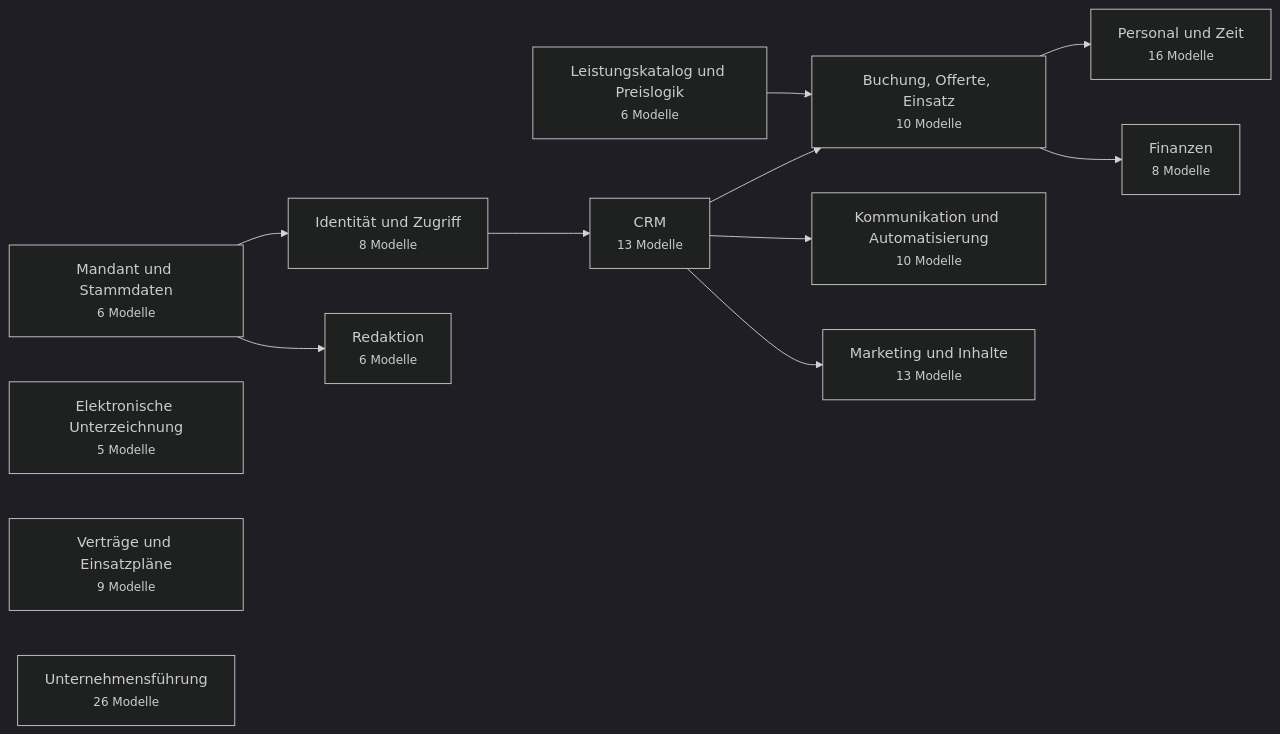
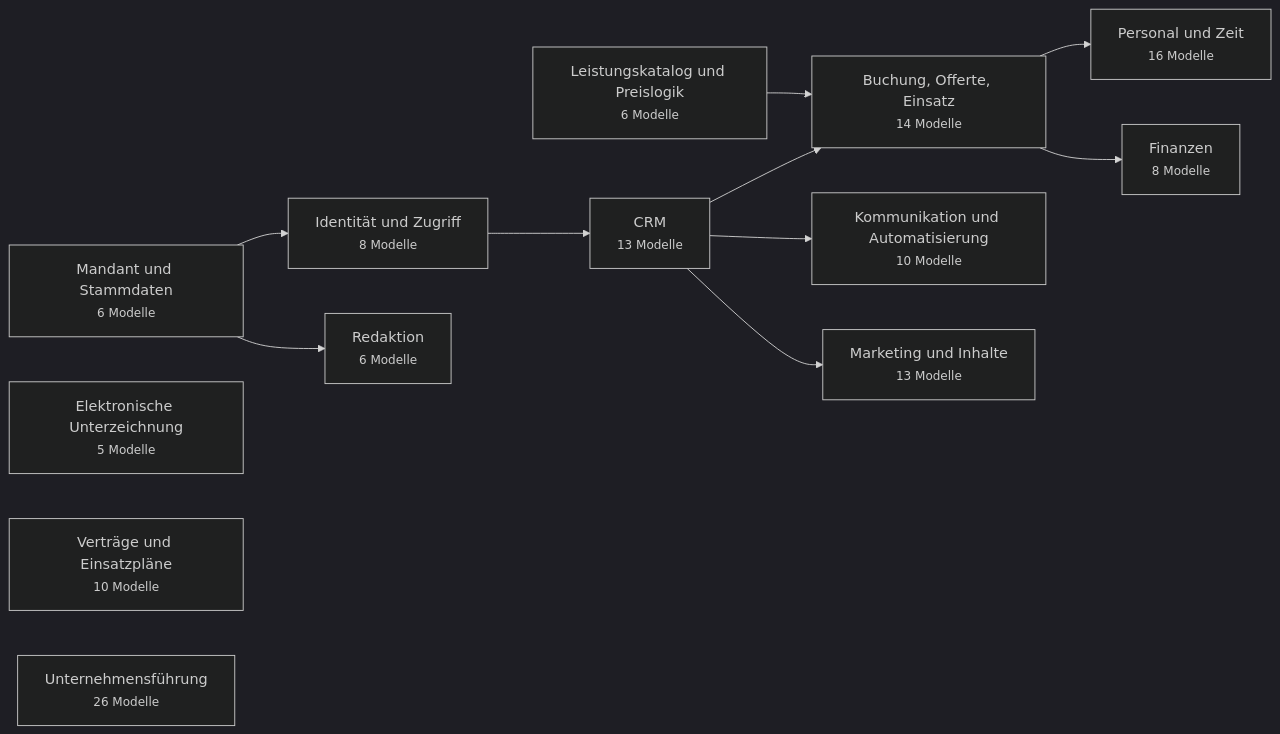
The first of 14 diagrams in docs/DATABASE.md (javadqasemi/Clenaris), drawn with Mermaid (dark theme) before and after one commit. The commit also changed other lines of this file and 31 other files, not shown here.

````diff
--- a/docs/DATABASE.md
+++ b/docs/DATABASE.md
@@ -36,25 +36,25 @@
 ```mermaid
 flowchart LR
   stammdaten["Mandant und Stammdaten<br/><small>6 Modelle</small>"]
   identitaet["Identität und Zugriff<br/><small>8 Modelle</small>"]
   signatur["Elektronische Unterzeichnung<br/><small>5 Modelle</small>"]
   crm["CRM<br/><small>13 Modelle</small>"]
   katalog["Leistungskatalog und Preislogik<br/><small>6 Modelle</small>"]
-  auftrag["Buchung, Offerte, Einsatz<br/><small>10 Modelle</small>"]
-  vertraege["Verträge und Einsatzpläne<br/><small>9 Modelle</small>"]
+  auftrag["Buchung, Offerte, Einsatz<br/><small>14 Modelle</small>"]
+  vertraege["Verträge und Einsatzpläne<br/><small>10 Modelle</small>"]
   personal["Personal und Zeit<br/><small>16 Modelle</small>"]
   finanzen["Finanzen<br/><small>8 Modelle</small>"]
   kommunikation["Kommunikation und Automatisierung<br/><small>10 Modelle</small>"]
   marketing["Marketing und Inhalte<br/><small>13 Modelle</small>"]
   redaktion["Redaktion<br/><small>6 Modelle</small>"]
   fuehrung["Unternehmensführung<br/><small>26 Modelle</small>"]
   stammdaten --> identitaet
   identitaet --> crm
   crm --> auftrag
   katalog --> auftrag
   auftrag --> personal
   auftrag --> finanzen
   crm --> kommunikation
   crm --> marketing
   stammdaten --> redaktion
 ```
````
